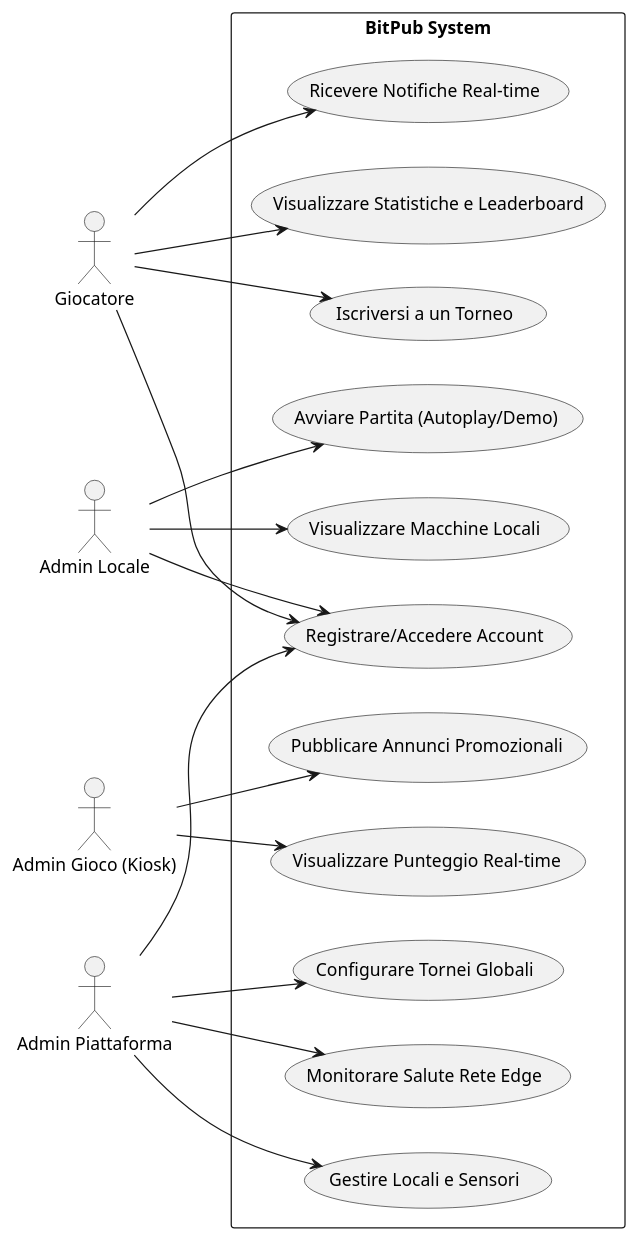
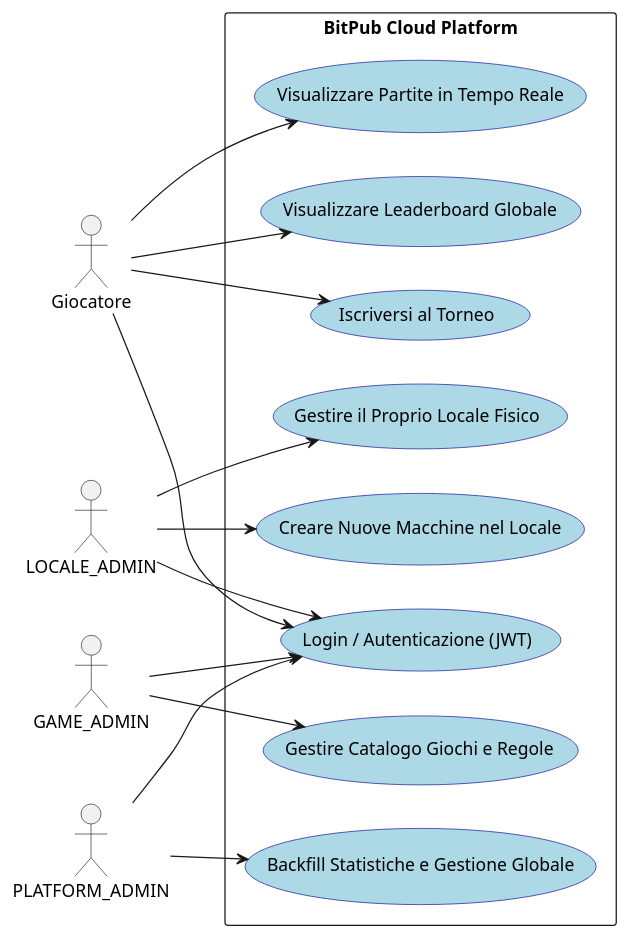
Before and after one commit to Stebs04/BitPub: the diagram in docs/uml/use-case-diagram.puml, drawn with PlantUML. The commit also changed 31 other files, not shown here.

First line of the commit message:
Add unit test results for MqttBufferService and UML container diagram for team architecture

```diff
--- a/docs/uml/use-case-diagram.puml
+++ b/docs/uml/use-case-diagram.puml
@@ -1,44 +1,44 @@
 @startuml
 left to right direction
 skinparam packageStyle rectangle
-
-actor "Giocatore" as G
-actor "Admin Locale" as AL
-actor "Admin Gioco (Kiosk)" as K
-actor "Admin Piattaforma" as AP
-
-rectangle "BitPub System" {
-  usecase "Visualizzare Statistiche e Leaderboard" as UC1
-  usecase "Iscriversi a un Torneo" as UC2
-  usecase "Registrare/Accedere Account" as UC3
-  
-  usecase "Visualizzare Macchine Locali" as UC4
-  usecase "Avviare Partita (Autoplay/Demo)" as UC5
-  usecase "Ricevere Notifiche Real-time" as UC6
-  
-  usecase "Gestire Locali e Sensori" as UC7
-  usecase "Configurare Tornei Globali" as UC8
-  usecase "Monitorare Salute Rete Edge" as UC9
-  
-  usecase "Visualizzare Punteggio Real-time" as UC10
-  usecase "Pubblicare Annunci Promozionali" as UC11
+skinparam usecase {
+  BackgroundColor LightBlue
+  BorderColor DarkBlue
 }
 
-G --> UC1
-G --> UC2
-G --> UC3
-G --> UC6
+actor "Giocatore" as Player
+actor "LOCALE_ADMIN" as LocaleAdmin
+actor "GAME_ADMIN" as GameAdmin
+actor "PLATFORM_ADMIN" as PlatformAdmin
 
-AL --> UC4
-AL --> UC5
-AL --> UC3
+rectangle "BitPub Cloud Platform" {
+  usecase "Visualizzare Leaderboard Globale" as UC_Stats
+  usecase "Iscriversi al Torneo" as UC_Tourney
+  usecase "Visualizzare Partite in Tempo Reale" as UC_Live
+  
+  usecase "Gestire il Proprio Locale Fisico" as UC_Locale
+  usecase "Creare Nuove Macchine nel Locale" as UC_Machine
+  
+  usecase "Gestire Catalogo Giochi e Regole" as UC_Catalog
+  
+  usecase "Backfill Statistiche e Gestione Globale" as UC_Backfill
+  
+  usecase "Login / Autenticazione (JWT)" as UC_Auth
+}
 
-AP --> UC7
-AP --> UC8
-AP --> UC9
-AP --> UC3
+Player --> UC_Stats
+Player --> UC_Tourney
+Player --> UC_Live
+Player --> UC_Auth
 
-K --> UC10
-K --> UC11
+LocaleAdmin --> UC_Locale
+LocaleAdmin --> UC_Machine
+LocaleAdmin --> UC_Auth
+
+GameAdmin --> UC_Catalog
+GameAdmin --> UC_Auth
+
+PlatformAdmin --> UC_Backfill
+PlatformAdmin --> UC_Auth
 
 @enduml
```
